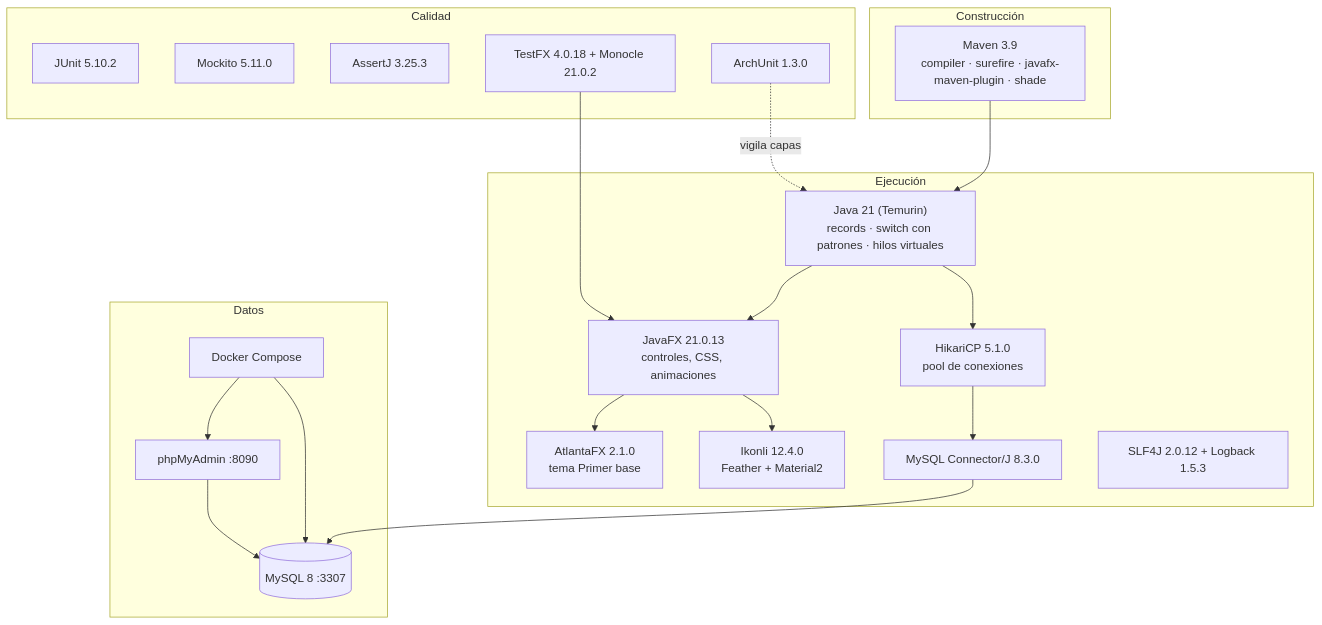
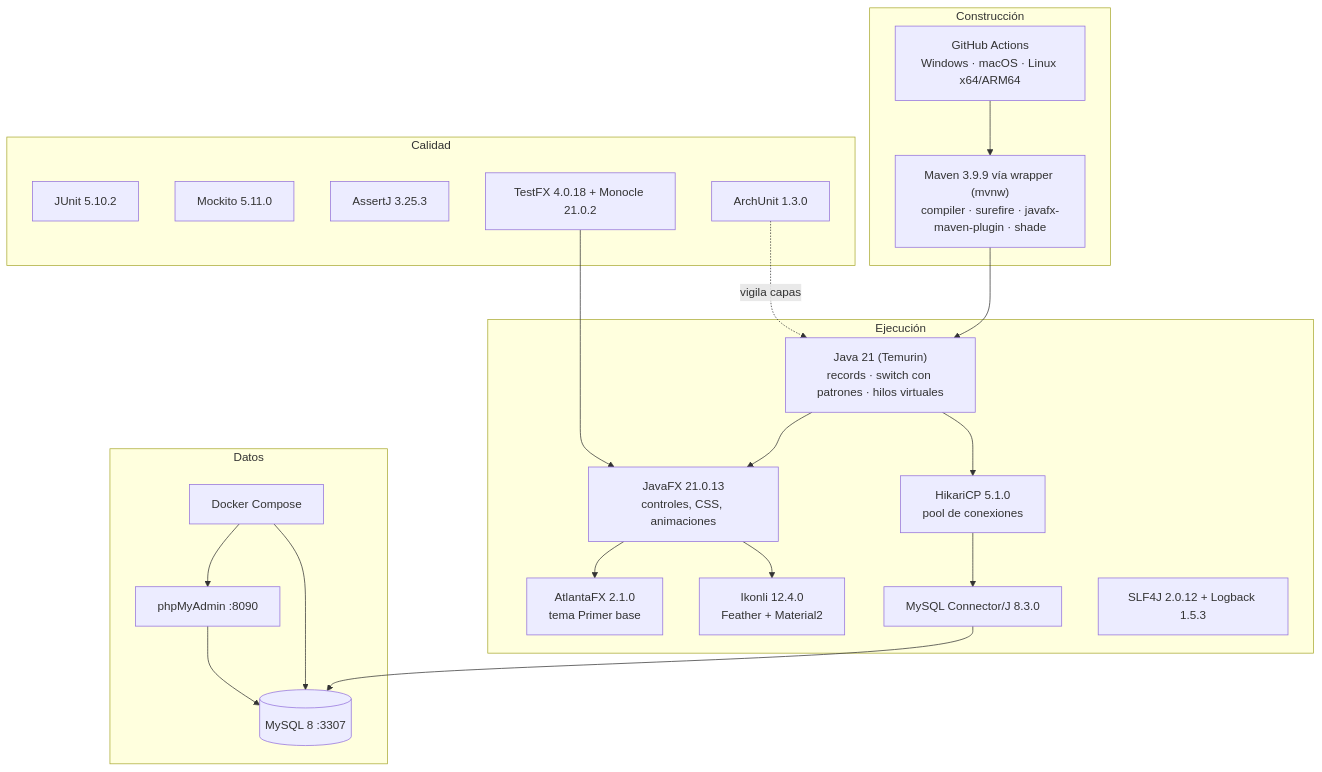
One commit to DEIMER-PY/gestion-db-jardineria changed the first of 3 diagrams in docs/TECNOLOGIAS.md. Above: the diagram before and after it, drawn with Mermaid. The commit also changed other lines of this file and 5 other files, not shown here.

First line of the commit message:
📝 docs: guía de instalación y ejecución en Windows, macOS y Linux

````diff
--- a/docs/TECNOLOGIAS.md
+++ b/docs/TECNOLOGIAS.md
@@ -7,35 +7,37 @@
 ```mermaid
 flowchart TB
     subgraph Runtime["Ejecución"]
         JDK["Java 21 (Temurin)<br/>records · switch con patrones · hilos virtuales"]
         FX["JavaFX 21.0.13<br/>controles, CSS, animaciones"]
         AFX["AtlantaFX 2.1.0<br/>tema Primer base"]
         IK["Ikonli 12.4.0<br/>Feather + Material2"]
         HK["HikariCP 5.1.0<br/>pool de conexiones"]
         MY["MySQL Connector/J 8.3.0"]
         LOG["SLF4J 2.0.12 + Logback 1.5.3"]
     end
     subgraph Datos["Datos"]
         DK["Docker Compose"]
         DB[("MySQL 8 :3307")]
         PMA["phpMyAdmin :8090"]
     end
     subgraph Calidad["Calidad"]
         JU["JUnit 5.10.2"]
         MO["Mockito 5.11.0"]
         AJ["AssertJ 3.25.3"]
         AU["ArchUnit 1.3.0"]
         TFX["TestFX 4.0.18 + Monocle 21.0.2"]
     end
     subgraph Build["Construcción"]
-        MV["Maven 3.9<br/>compiler · surefire · javafx-maven-plugin · shade"]
+        MV["Maven 3.9.9 vía wrapper (mvnw)<br/>compiler · surefire · javafx-maven-plugin · shade"]
+        CI["GitHub Actions<br/>Windows · macOS · Linux x64/ARM64"]
     end
     JDK --> FX --> AFX
     FX --> IK
     JDK --> HK --> MY --> DB
     DK --> DB
     DK --> PMA --> DB
     MV --> JDK
+    CI --> MV
     TFX --> FX
     AU -. vigila capas .-> JDK
 ```
````
